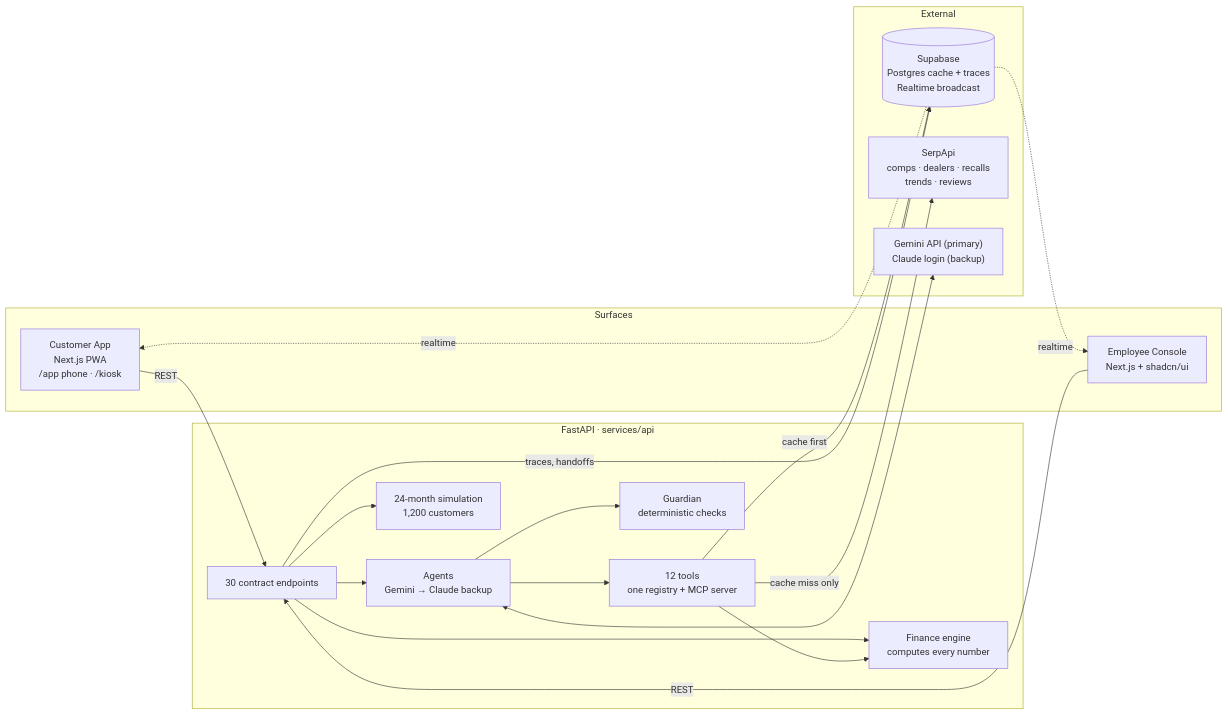
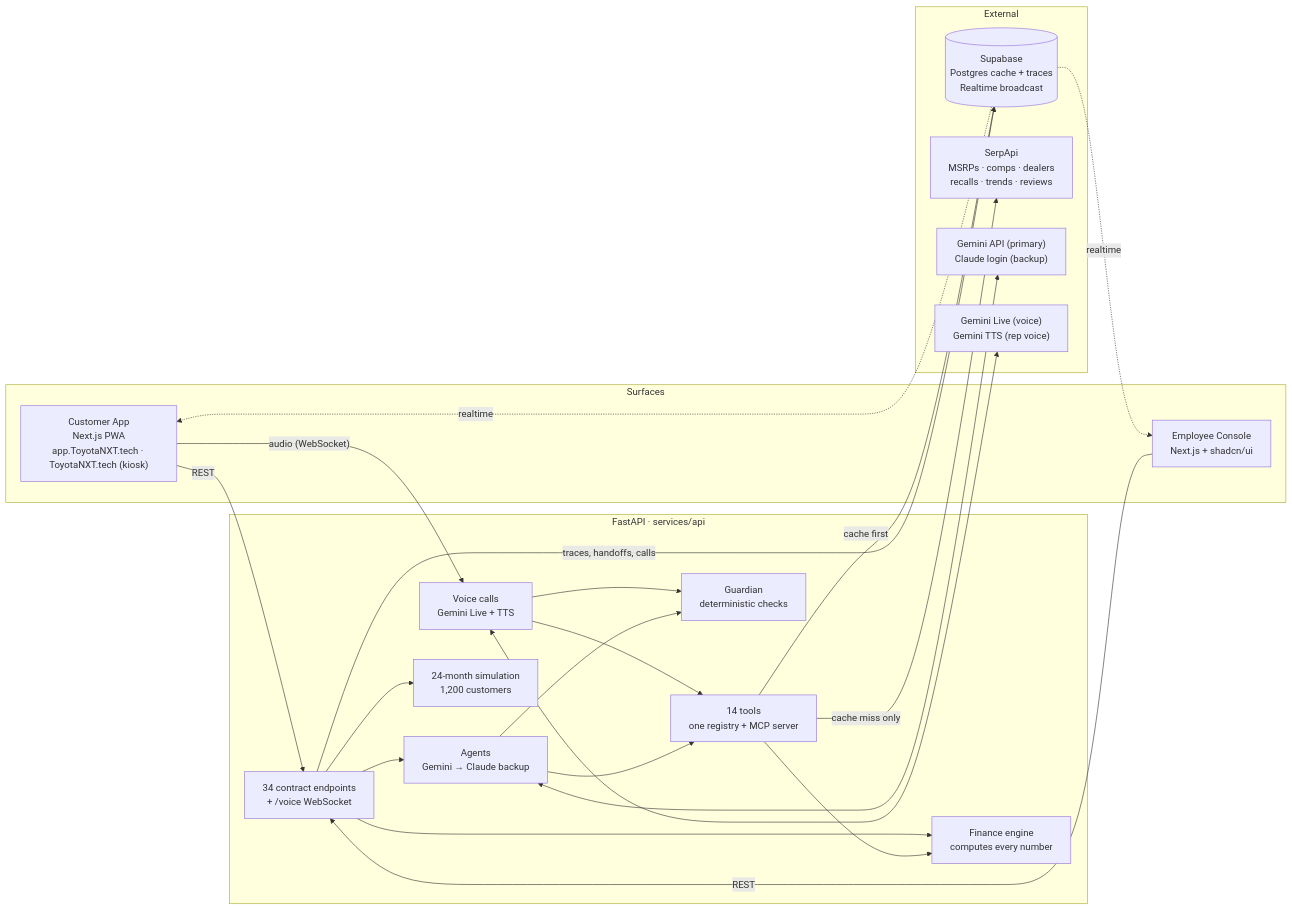
One commit to vishvacyber/toyota-nextmove changed the first of 9 diagrams in README.md. Above: the diagram before and after it, drawn with Mermaid. The commit also changed other lines of this file and 2 other files, not shown here.

First line of the commit message:
feat: toyotanxt.tech routing; README refresh

````diff
--- a/README.md
+++ b/README.md
@@ -75,37 +83,43 @@
 ```mermaid
 flowchart LR
   subgraph Surfaces
-    CA["Customer App<br/>Next.js PWA<br/>/app phone · /kiosk"]
+    CA["Customer App<br/>Next.js PWA<br/>app.ToyotaNXT.tech · ToyotaNXT.tech (kiosk)"]
     EC["Employee Console<br/>Next.js + shadcn/ui"]
   end
 
   subgraph API["FastAPI · services/api"]
-    R["30 contract endpoints"]
+    R["34 contract endpoints<br/>+ /voice WebSocket"]
     ENG["Finance engine<br/>computes every number"]
-    TOOLS["12 tools<br/>one registry + MCP server"]
+    TOOLS["14 tools<br/>one registry + MCP server"]
     AG["Agents<br/>Gemini → Claude backup"]
+    VOICE["Voice calls<br/>Gemini Live + TTS"]
     GU["Guardian<br/>deterministic checks"]
     SIM["24-month simulation<br/>1,200 customers"]
   end
 
   subgraph External
     SB[("Supabase<br/>Postgres cache + traces<br/>Realtime broadcast")]
-    SERP["SerpApi<br/>comps · dealers · recalls<br/>trends · reviews"]
+    SERP["SerpApi<br/>MSRPs · comps · dealers<br/>recalls · trends · reviews"]
     CL["Gemini API (primary)<br/>Claude login (backup)"]
+    GL["Gemini Live (voice)<br/>Gemini TTS (rep voice)"]
   end
 
   CA -- REST --> R
   EC -- REST --> R
   R --> ENG
   R --> AG
   R --> SIM
+  CA -- "audio (WebSocket)" --> VOICE
+  VOICE <--> GL
+  VOICE --> TOOLS
+  VOICE --> GU
   AG --> TOOLS
   TOOLS --> ENG
   AG --> GU
   AG <--> CL
   TOOLS -- cache first --> SB
   TOOLS -- cache miss only --> SERP
-  R -- traces, handoffs --> SB
+  R -- "traces, handoffs, calls" --> SB
   SB -. realtime .-> EC
   SB -. realtime .-> CA
 ```
````
